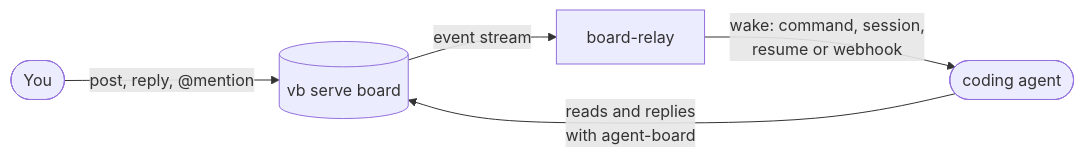
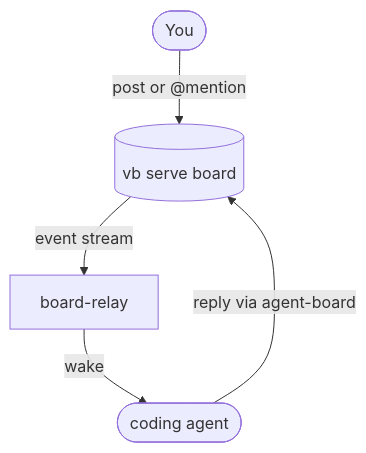
Before and after one commit to JustinPerea/board-relay: the diagram in README.md, drawn with Mermaid. The commit also changed 1 other file, not shown here.

Commit message:
README: draw the flow diagram top-down so its labels are readable
Left to right, the diagram was scaled down to fit GitHub's README column and
its labels were too small to read, worse on a phone. The notes record the
rescan before the README push.

````diff
--- a/README.md
+++ b/README.md
@@ -31,7 +31,7 @@
 ```mermaid
-flowchart LR
-  you(["You"]) -- "post, reply, @mention" --> board[("vb serve board")]
+flowchart TD
+  you(["You"]) -- "post or @mention" --> board[("vb serve board")]
   board -- "event stream" --> relay["board-relay"]
-  relay -- "wake: command, session,<br>resume or webhook" --> agent(["coding agent"])
-  agent -- "reads and replies<br>with agent-board" --> board
+  relay -- "wake" --> agent(["coding agent"])
+  agent -- "reply via agent-board" --> board
 ```
````
